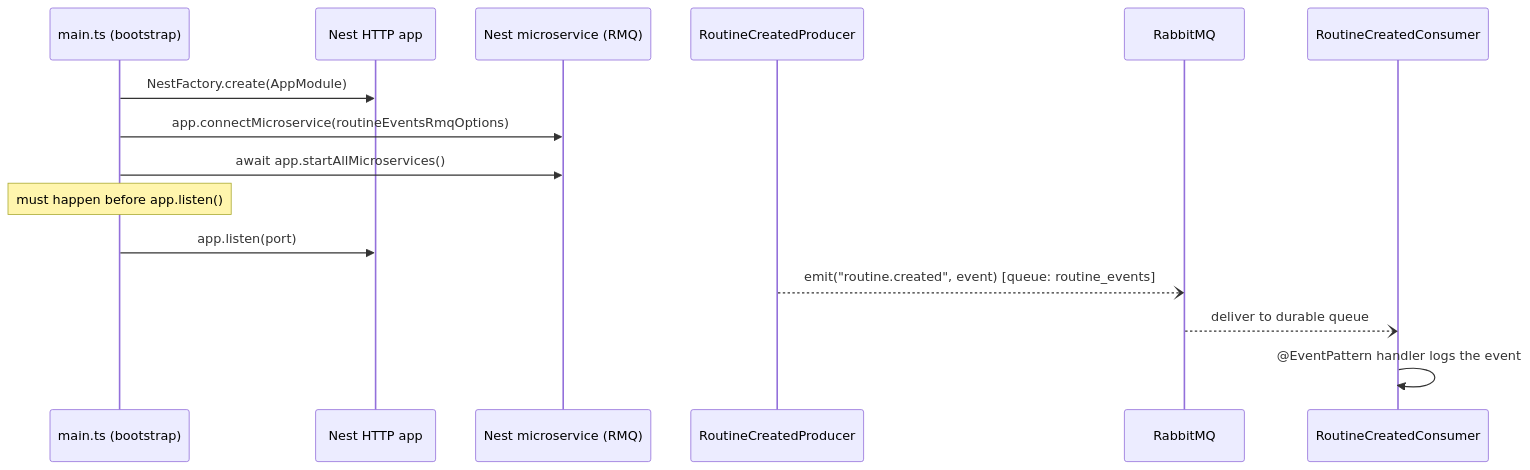
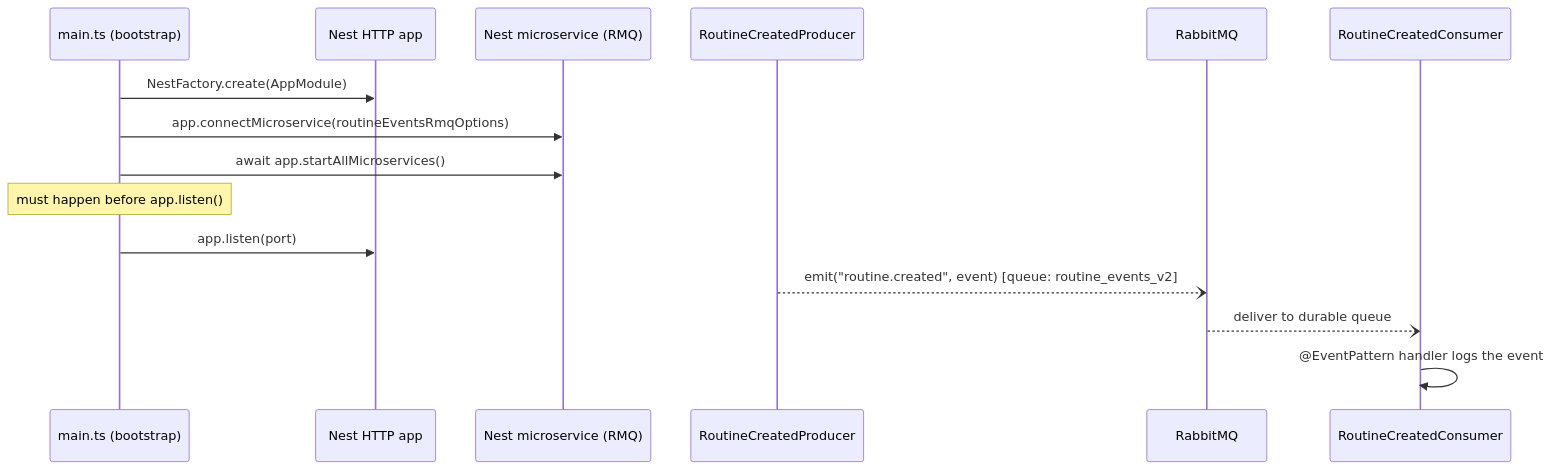
One commit to alecoelhodev/guitarcoach changed the fourth of 4 diagrams in docs/flows.md. Above: the diagram before and after it, drawn with Mermaid. The commit also changed other lines of this file and 2 other files, not shown here.

Commit message:
feat: rename RabbitMQ queue to avoid redeclaration conflicts

````diff
--- a/docs/flows.md
+++ b/docs/flows.md
@@ -122,19 +122,19 @@
 ```mermaid
 sequenceDiagram
     participant Main as main.ts (bootstrap)
     participant HTTP as Nest HTTP app
     participant MQ as Nest microservice (RMQ)
     participant Producer as RoutineCreatedProducer
     participant RabbitMQ
     participant Consumer as RoutineCreatedConsumer
 
     Main->>HTTP: NestFactory.create(AppModule)
     Main->>MQ: app.connectMicroservice(routineEventsRmqOptions)
     Main->>MQ: await app.startAllMicroservices()
     Note over Main: must happen before app.listen()
     Main->>HTTP: app.listen(port)
 
-    Producer--)RabbitMQ: emit("routine.created", event) [queue: routine_events]
+    Producer--)RabbitMQ: emit("routine.created", event) [queue: routine_events_v2]
     RabbitMQ--)Consumer: deliver to durable queue
     Consumer->>Consumer: @EventPattern handler logs the event
 ```
````
